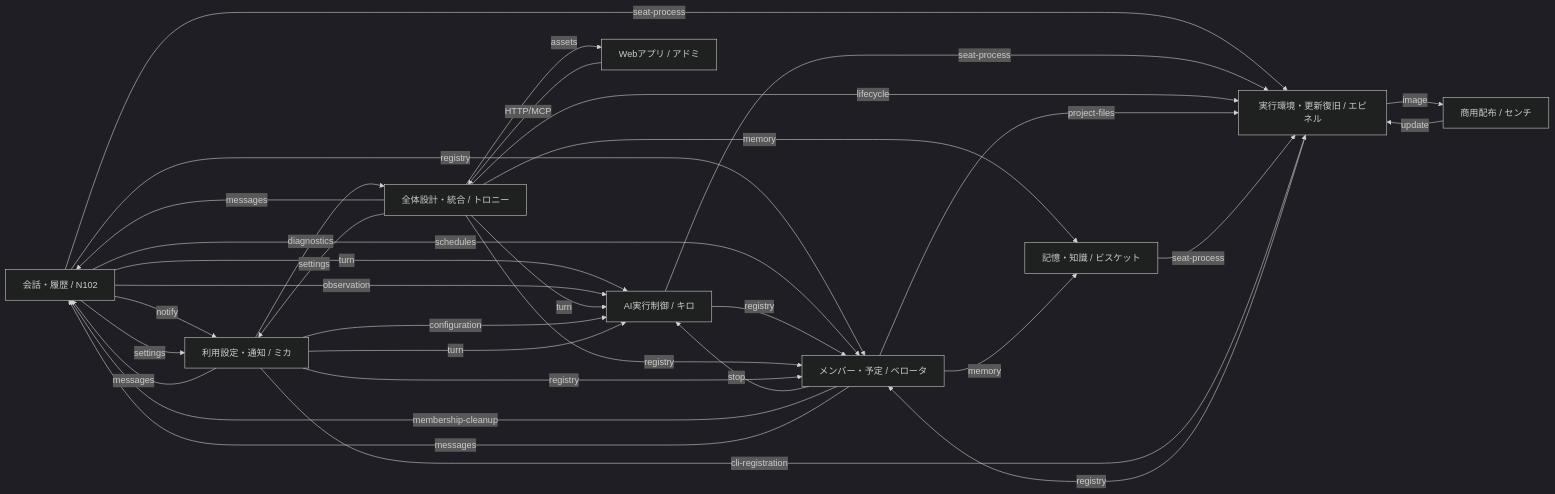
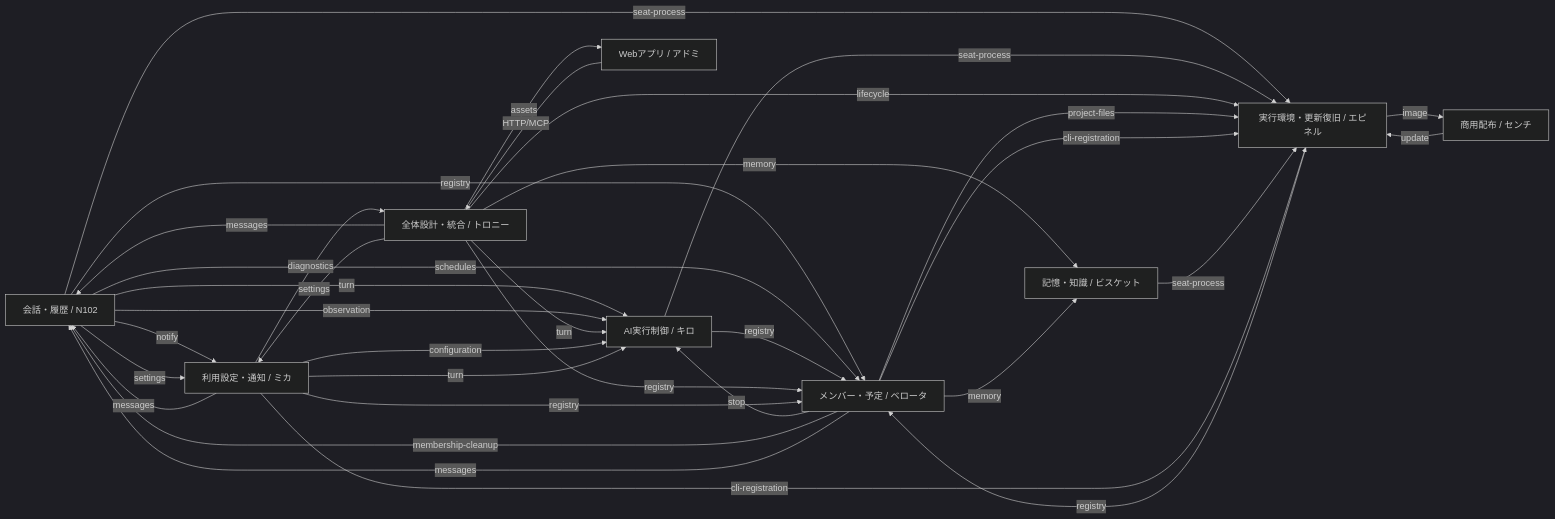
The first of 2 diagrams in docs/architecture/feature-map.md (kitepon/BellTeam), drawn with Mermaid (dark theme) before and after one commit. The commit also changed 15 other files, not shown here.

Commit message:
fix(members): resume pending deletion independently of CLI sync

````diff
--- a/docs/architecture/feature-map.md
+++ b/docs/architecture/feature-map.md
@@ -11,44 +11,45 @@
 ```mermaid
 flowchart LR
   m_conversation["会話・履歴 / N102"]
   m_distribution["商用配布 / センチ"]
   m_execution["AI実行制御 / キロ"]
   m_integration["全体設計・統合 / トロニー"]
   m_members["メンバー・予定 / ベロータ"]
   m_memory["記憶・知識 / ビスケット"]
   m_runtime["実行環境・更新復旧 / エピネル"]
   m_usage["利用設定・通知 / ミカ"]
   m_web["Webアプリ / アドミ"]
   m_conversation -->|"turn"| m_execution
   m_conversation -->|"registry"| m_members
   m_conversation -->|"notify"| m_usage
   m_conversation -->|"schedules"| m_members
   m_conversation -->|"seat-process"| m_runtime
   m_conversation -->|"settings"| m_usage
   m_conversation -->|"observation"| m_execution
   m_distribution -->|"update"| m_runtime
   m_execution -->|"registry"| m_members
   m_execution -->|"seat-process"| m_runtime
   m_integration -->|"turn"| m_execution
   m_integration -->|"messages"| m_conversation
   m_integration -->|"registry"| m_members
   m_integration -->|"settings"| m_usage
   m_integration -->|"memory"| m_memory
   m_integration -->|"lifecycle"| m_runtime
   m_integration -->|"assets"| m_web
   m_members -->|"stop"| m_execution
   m_members -->|"project-files"| m_runtime
+  m_members -->|"cli-registration"| m_runtime
   m_members -->|"membership-cleanup"| m_conversation
   m_members -->|"messages"| m_conversation
   m_members -->|"memory"| m_memory
   m_memory -->|"seat-process"| m_runtime
   m_runtime -->|"registry"| m_members
   m_runtime -->|"image"| m_distribution
   m_usage -->|"registry"| m_members
   m_usage -->|"messages"| m_conversation
   m_usage -->|"cli-registration"| m_runtime
   m_usage -->|"diagnostics"| m_integration
   m_usage -->|"configuration"| m_execution
   m_usage -->|"turn"| m_execution
   m_web -->|"HTTP/MCP"| m_integration
 ```
````
